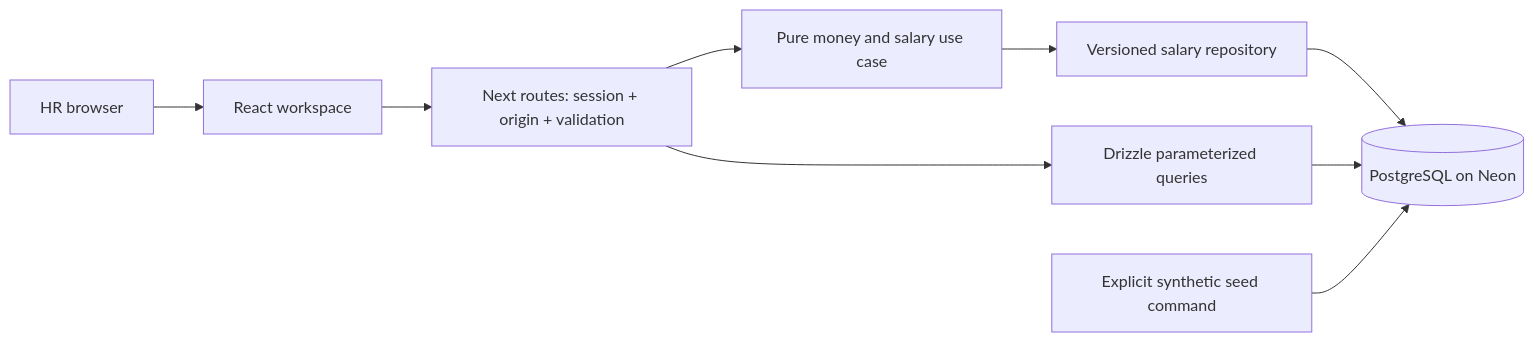
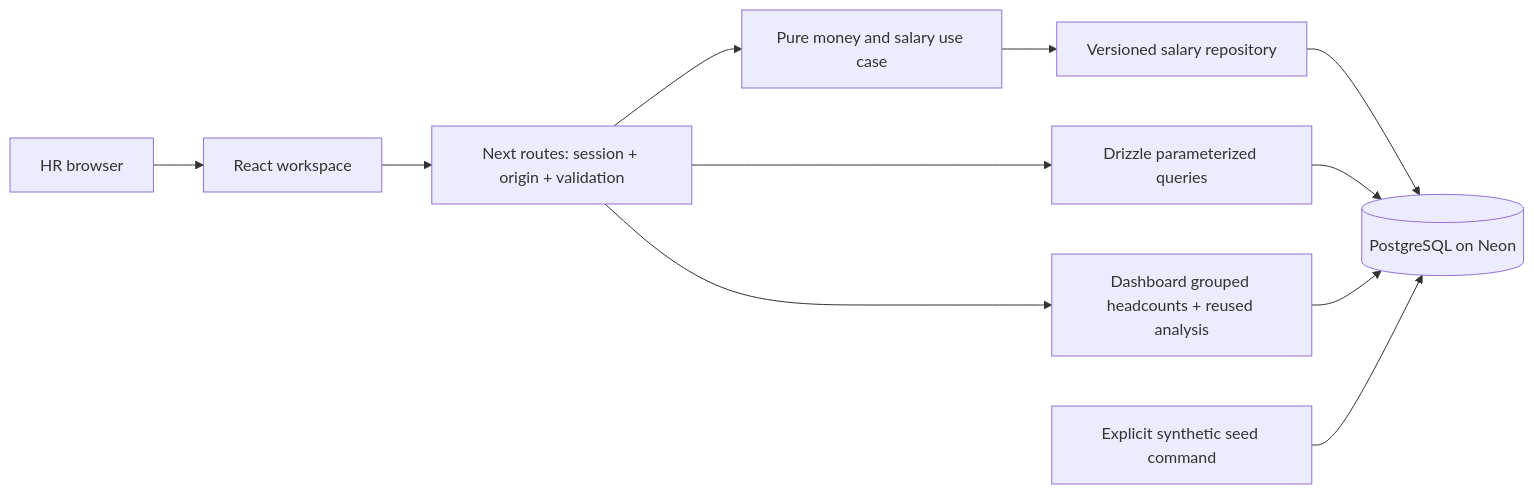
Before and after one commit to Ayuxh-Pratap/incubyte-salary-desk: the diagram in docs/ENGINEERING.md, drawn with Mermaid. The commit also changed other lines of this file and 16 other files, not shown here.

````diff
--- a/docs/ENGINEERING.md
+++ b/docs/ENGINEERING.md
@@ -19,11 +19,13 @@
 ```mermaid
 flowchart LR
  HR[HR browser] --> UI[React workspace]
  UI --> API[Next routes: session + origin + validation]
  API --> Domain[Pure money and salary use case]
  API --> Queries[Drizzle parameterized queries]
  Domain --> Adapter[Versioned salary repository]
  Adapter --> DB[(PostgreSQL on Neon)]
  Queries --> DB
+ API --> Dashboard[Dashboard grouped headcounts + reused analysis]
+ Dashboard --> DB
  Seed[Explicit synthetic seed command] --> DB
 ```
````
